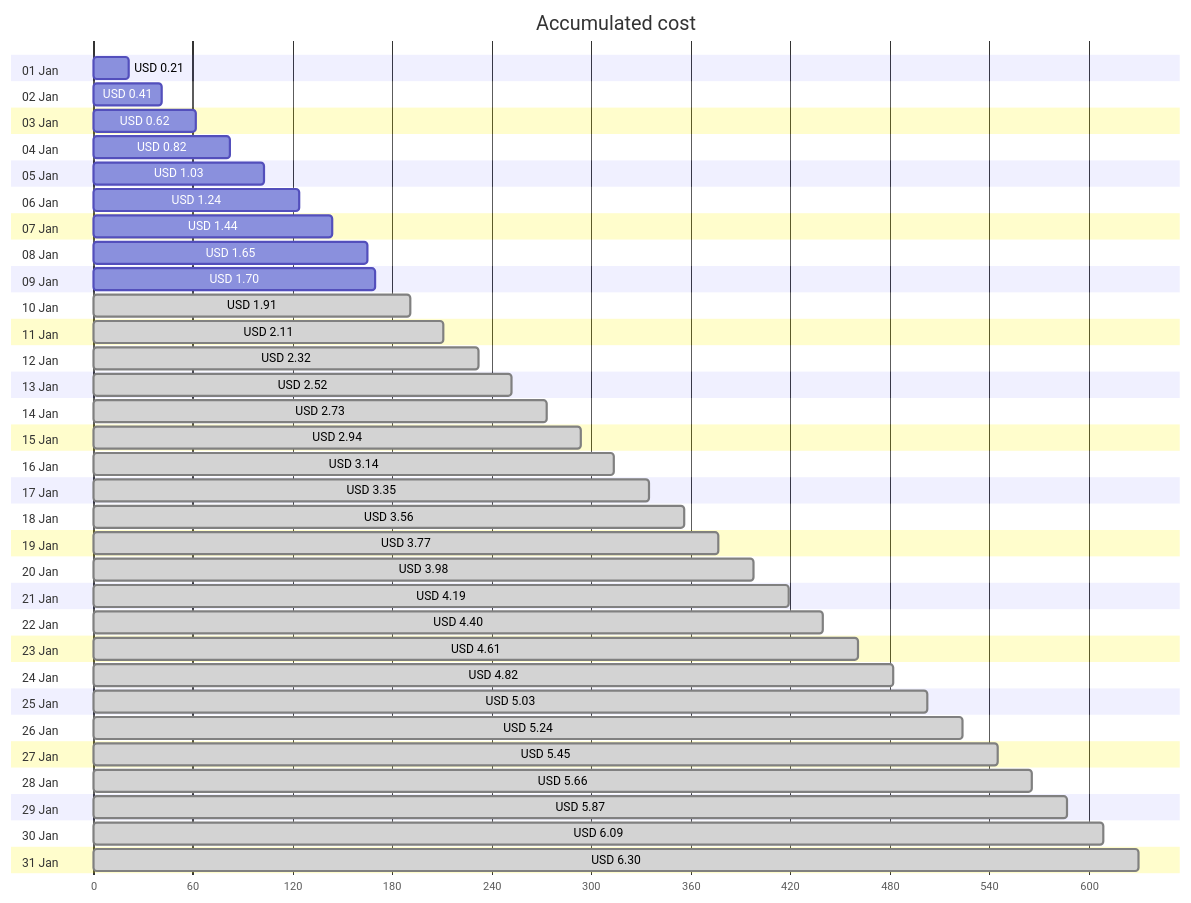
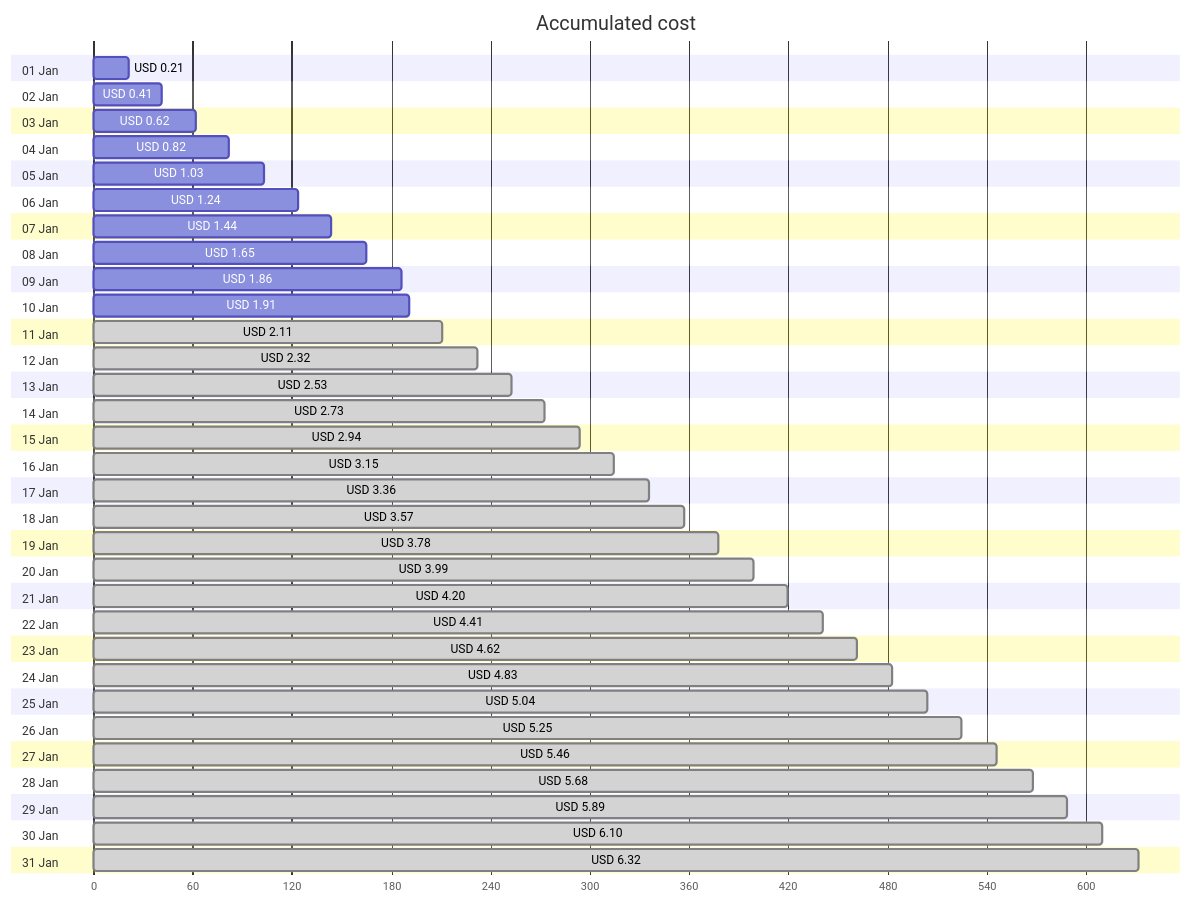
One commit to jpfulton/azure-personal-reports changed the first of 4 diagrams in cost-reports/personal-network/backup-server.md. Above: the diagram before and after it, drawn with Mermaid. The commit also changed other lines of this file and 8 other files, not shown here.

````diff
--- a/cost-reports/personal-network/backup-server.md
+++ b/cost-reports/personal-network/backup-server.md
@@ -20,68 +20,68 @@
 ```mermaid
 gantt
    title Accumulated cost
    dateFormat  X
    axisFormat %s
    section 01 Jan
    USD 0.21 :0, 21
    section 02 Jan
    USD 0.41 :0, 41
    section 03 Jan
    USD 0.62 :0, 62
    section 04 Jan
    USD 0.82 :0, 82
    section 05 Jan
    USD 1.03 :0, 103
    section 06 Jan
    USD 1.24 :0, 124
    section 07 Jan
    USD 1.44 :0, 144
    section 08 Jan
    USD 1.65 :0, 165
    section 09 Jan
-   USD 1.70 :0, 170
+   USD 1.86 :0, 186
    section 10 Jan
-   USD 1.91 : done, 0, 191
+   USD 1.91 :0, 191
    section 11 Jan
    USD 2.11 : done, 0, 211
    section 12 Jan
    USD 2.32 : done, 0, 232
    section 13 Jan
-   USD 2.52 : done, 0, 252
+   USD 2.53 : done, 0, 253
    section 14 Jan
    USD 2.73 : done, 0, 273
    section 15 Jan
    USD 2.94 : done, 0, 294
    section 16 Jan
-   USD 3.14 : done, 0, 314
+   USD 3.15 : done, 0, 315
    section 17 Jan
-   USD 3.35 : done, 0, 335
+   USD 3.36 : done, 0, 336
    section 18 Jan
-   USD 3.56 : done, 0, 356
+   USD 3.57 : done, 0, 357
    section 19 Jan
-   USD 3.77 : done, 0, 377
+   USD 3.78 : done, 0, 378
    section 20 Jan
-   USD 3.98 : done, 0, 398
+   USD 3.99 : done, 0, 399
    section 21 Jan
-   USD 4.19 : done, 0, 419
+   USD 4.20 : done, 0, 420
    section 22 Jan
-   USD 4.40 : done, 0, 440
+   USD 4.41 : done, 0, 441
    section 23 Jan
-   USD 4.61 : done, 0, 461
+   USD 4.62 : done, 0, 462
    section 24 Jan
-   USD 4.82 : done, 0, 482
+   USD 4.83 : done, 0, 483
    section 25 Jan
-   USD 5.03 : done, 0, 503
+   USD 5.04 : done, 0, 504
    section 26 Jan
-   USD 5.24 : done, 0, 524
+   USD 5.25 : done, 0, 525
    section 27 Jan
-   USD 5.45 : done, 0, 545
+   USD 5.46 : done, 0, 546
    section 28 Jan
-   USD 5.66 : done, 0, 566
+   USD 5.68 : done, 0, 568
    section 29 Jan
-   USD 5.87 : done, 0, 587
+   USD 5.89 : done, 0, 589
    section 30 Jan
-   USD 6.09 : done, 0, 609
+   USD 6.10 : done, 0, 610
    section 31 Jan
-   USD 6.30 : done, 0, 630
+   USD 6.32 : done, 0, 632
 ```
````
